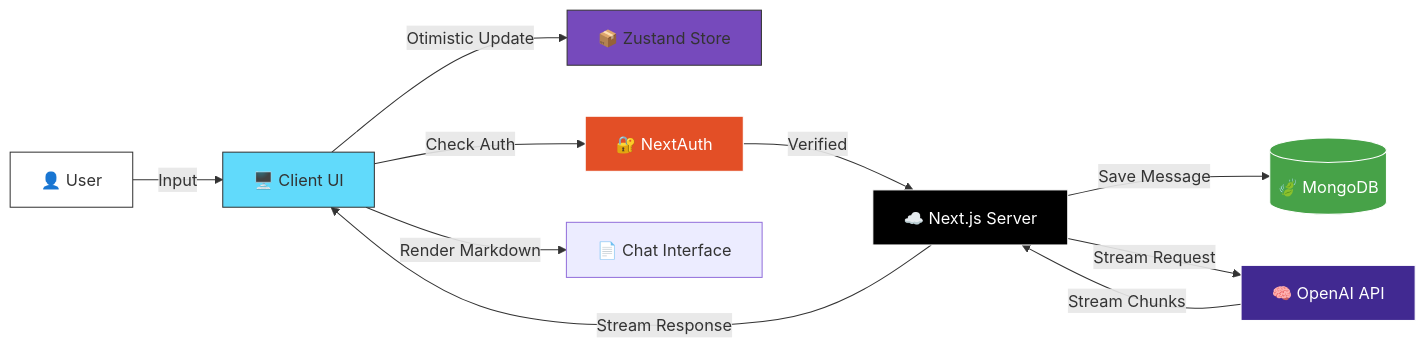
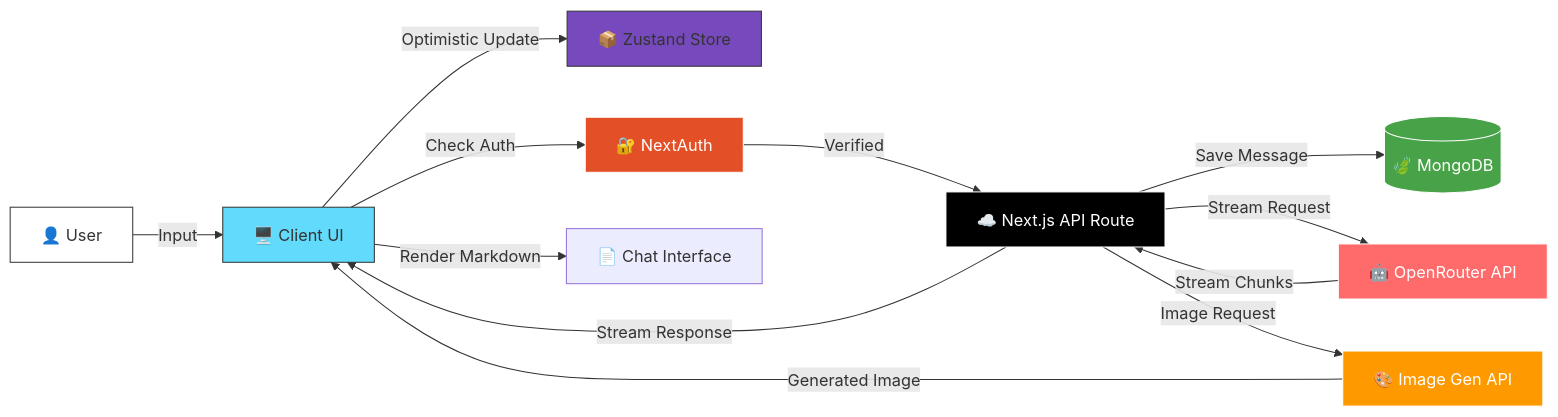
The first of 2 diagrams in README.md (kirtan597/Ai-Buddy), drawn with Mermaid before and after one commit. The commit also changed other lines of this file, not shown here.

First line of the commit message:
docs: complete README overhaul with updated architecture, features, and tech stack

````diff
--- a/README.md
+++ b/README.md
@@ -55,20 +47,23 @@
 ```mermaid
 graph LR
     User[👤 User] -->|Input| UI[🖥️ Client UI]
-    UI -->|Otimistic Update| Store[📦 Zustand Store]
+    UI -->|Optimistic Update| Store[📦 Zustand Store]
     UI -- Check Auth --> Auth[🔐 NextAuth]
-    Auth -- Verified --> API[☁️ Next.js Server]
+    Auth -- Verified --> API[☁️ Next.js API Route]
     API -->|Save Message| DB[(🍃 MongoDB)]
-    API -->|Stream Request| OpenAI[🧠 OpenAI API]
-    OpenAI -->|Stream Chunks| API
+    API -->|Stream Request| OR[🤖 OpenRouter API]
+    OR -->|Stream Chunks| API
     API -->|Stream Response| UI
     UI -->|Render Markdown| Display[📄 Chat Interface]
-    
+    API -->|Image Request| IMG[🎨 Image Gen API]
+    IMG -->|Generated Image| UI
+
     style User fill:#fff,stroke:#333
     style UI fill:#61DAFB,stroke:#333
     style Store fill:#764ABC,stroke:#333
     style API fill:#000000,stroke:#fff,color:#fff
-    style OpenAI fill:#412991,stroke:#fff,color:#fff
+    style OR fill:#FF6B6B,stroke:#fff,color:#fff
     style DB fill:#47A248,stroke:#fff,color:#fff
     style Auth fill:#E34F26,stroke:#fff,color:#fff
+    style IMG fill:#FF9900,stroke:#fff,color:#fff
 ```
````
